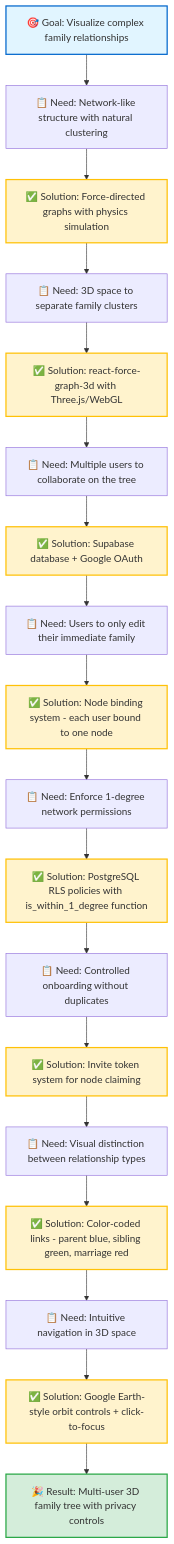
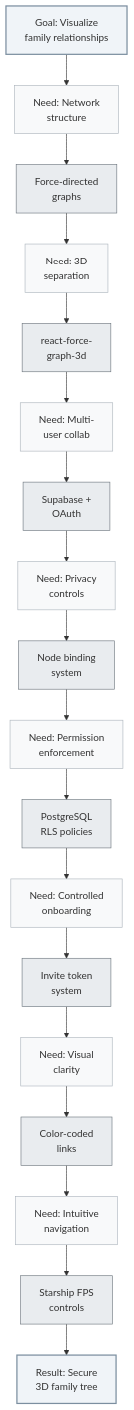
One commit to akulafb/osra-3d-family-tree changed the diagram in README.md. Above: the diagram before and after it, drawn with Mermaid. The commit also changed other lines of this file and 25 other files, not shown here.

First line of the commit message:
Enhance family tree functionality and navigation

````diff
--- a/README.md
+++ b/README.md
@@ -13,31 +13,31 @@
 ```mermaid
-flowchart TD
-    A[🎯 Goal: Visualize complex family relationships] --> B[📋 Need: Network-like structure with natural clustering]
-    B --> C[✅ Solution: Force-directed graphs with physics simulation]
-    C --> D[📋 Need: 3D space to separate family clusters]
-    D --> E[✅ Solution: react-force-graph-3d with Three.js/WebGL]
-    E --> F[📋 Need: Multiple users to collaborate on the tree]
-    F --> G[✅ Solution: Supabase database + Google OAuth]
-    G --> H[📋 Need: Users to only edit their immediate family]
-    H --> I[✅ Solution: Node binding system - each user bound to one node]
-    I --> J[📋 Need: Enforce 1-degree network permissions]
-    J --> K[✅ Solution: PostgreSQL RLS policies with is_within_1_degree function]
-    K --> L[📋 Need: Controlled onboarding without duplicates]
-    L --> M[✅ Solution: Invite token system for node claiming]
-    M --> N[📋 Need: Visual distinction between relationship types]
-    N --> O[✅ Solution: Color-coded links - parent blue, sibling green, marriage red]
-    O --> P[📋 Need: Intuitive navigation in 3D space]
-    P --> Q[✅ Solution: Google Earth-style orbit controls + click-to-focus]
-    Q --> R[🎉 Result: Multi-user 3D family tree with privacy controls]
+graph TD
+    A[Goal: Visualize<br/>family relationships] --> B[Need: Network<br/>structure]
+    B --> C[Force-directed<br/>graphs]
+    C --> D[Need: 3D<br/>separation]
+    D --> E[react-force-<br/>graph-3d]
+    
+    E --> F[Need: Multi-<br/>user collab]
+    F --> G[Supabase +<br/>OAuth]
+    G --> H[Need: Privacy<br/>controls]
+    H --> I[Node binding<br/>system]
+    
+    I --> J[Need: Permission<br/>enforcement]
+    J --> K[PostgreSQL<br/>RLS policies]
+    K --> L[Need: Controlled<br/>onboarding]
+    L --> M[Invite token<br/>system]
+    
+    M --> N[Need: Visual<br/>clarity]
+    N --> O[Color-coded<br/>links]
+    O --> P[Need: Intuitive<br/>navigation]
+    P --> Q[Starship FPS<br/>controls]
+    Q --> R[Result: Secure<br/>3D family tree]
 
-    style A fill:#e1f5ff,stroke:#0066cc,stroke-width:2px
-    style R fill:#d4edda,stroke:#28a745,stroke-width:2px
-    style C fill:#fff3cd,stroke:#ffc107,stroke-width:2px
-    style E fill:#fff3cd,stroke:#ffc107,stroke-width:2px
-    style G fill:#fff3cd,stroke:#ffc107,stroke-width:2px
-    style I fill:#fff3cd,stroke:#ffc107,stroke-width:2px
-    style K fill:#fff3cd,stroke:#ffc107,stroke-width:2px
-    style M fill:#fff3cd,stroke:#ffc107,stroke-width:2px
-    style O fill:#fff3cd,stroke:#ffc107,stroke-width:2px
-    style Q fill:#fff3cd,stroke:#ffc107,stroke-width:2px
+    classDef needStyle fill:#f8f9fa,stroke:#adb5bd,stroke-width:1px
+    classDef solutionStyle fill:#e9ecef,stroke:#6c757d,stroke-width:1px
+    classDef goalStyle fill:#f0f4f8,stroke:#7c8fa0,stroke-width:2px
+    
+    class A,R goalStyle
+    class B,D,F,H,J,L,N,P needStyle
+    class C,E,G,I,K,M,O,Q solutionStyle
 ```
````
